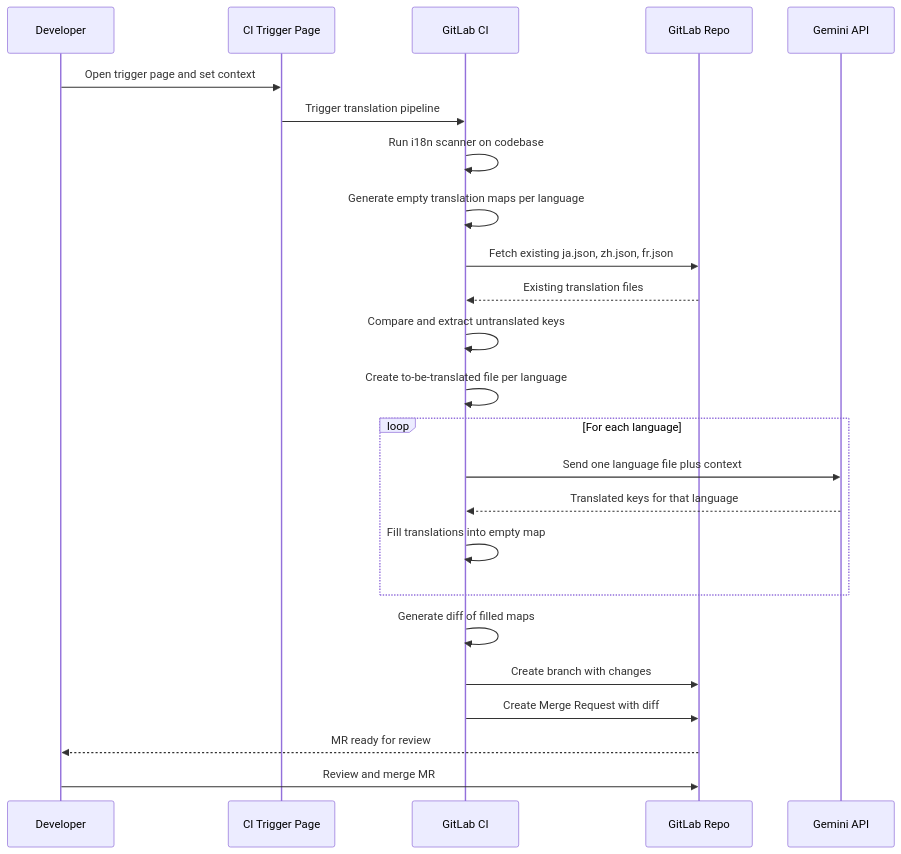
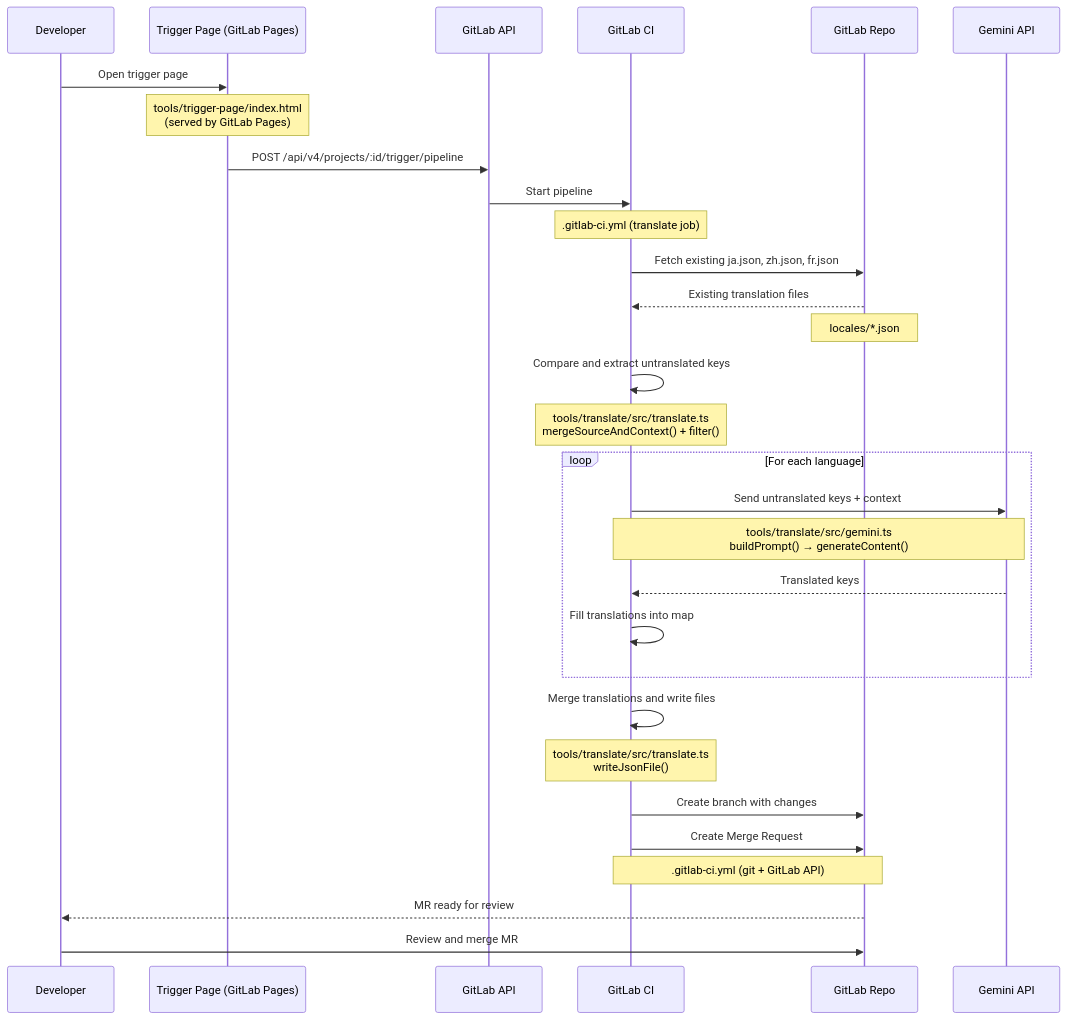
The second of 2 diagrams in README.md (jadecubes/free-translation-platform-buildup), drawn with Mermaid before and after one commit. The commit also changed other lines of this file and 12 other files, not shown here.

````diff
--- a/README.md
+++ b/README.md
@@ -238,34 +387,39 @@
 ```mermaid
 sequenceDiagram
     participant Dev as Developer
-    participant Page as CI Trigger Page
+    participant Page as Trigger Page (GitLab Pages)
+    participant API as GitLab API
     participant CI as GitLab CI
     participant Repo as GitLab Repo
     participant LLM as Gemini API
 
-    Dev->>Page: Open trigger page and set context
-    Page->>CI: Trigger translation pipeline
-
-    CI->>CI: Run i18n scanner on codebase
-    CI->>CI: Generate empty translation maps per language
+    Dev->>Page: Open trigger page
+    Note over Page: tools/trigger-page/index.html<br/>(served by GitLab Pages)
+    Page->>API: POST /api/v4/projects/:id/trigger/pipeline
+    API->>CI: Start pipeline
+    Note over CI: .gitlab-ci.yml (translate job)
 
     CI->>Repo: Fetch existing ja.json, zh.json, fr.json
     Repo-->>CI: Existing translation files
+    Note over Repo: locales/*.json
 
     CI->>CI: Compare and extract untranslated keys
-    CI->>CI: Create to-be-translated file per language
+    Note over CI: tools/translate/src/translate.ts<br/>mergeSourceAndContext() + filter()
 
     loop For each language
-        CI->>LLM: Send one language file plus context
-        LLM-->>CI: Translated keys for that language
-        CI->>CI: Fill translations into empty map
+        CI->>LLM: Send untranslated keys + context
+        Note over CI,LLM: tools/translate/src/gemini.ts<br/>buildPrompt() → generateContent()
+        LLM-->>CI: Translated keys
+        CI->>CI: Fill translations into map
     end
 
-    CI->>CI: Generate diff of filled maps
+    CI->>CI: Merge translations and write files
+    Note over CI: tools/translate/src/translate.ts<br/>writeJsonFile()
 
     CI->>Repo: Create branch with changes
-    CI->>Repo: Create Merge Request with diff
+    CI->>Repo: Create Merge Request
+    Note over CI,Repo: .gitlab-ci.yml (git + GitLab API)
 
     Repo-->>Dev: MR ready for review
     Dev->>Repo: Review and merge MR
 ```
````
